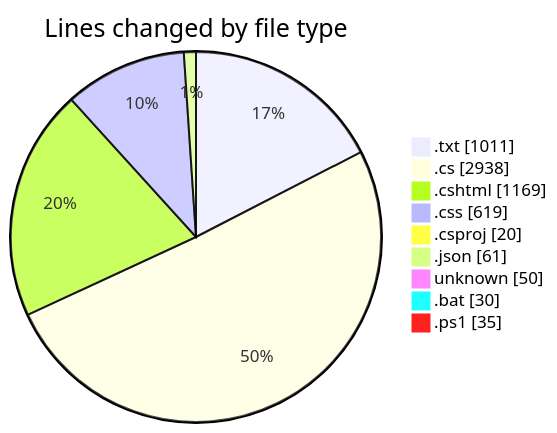
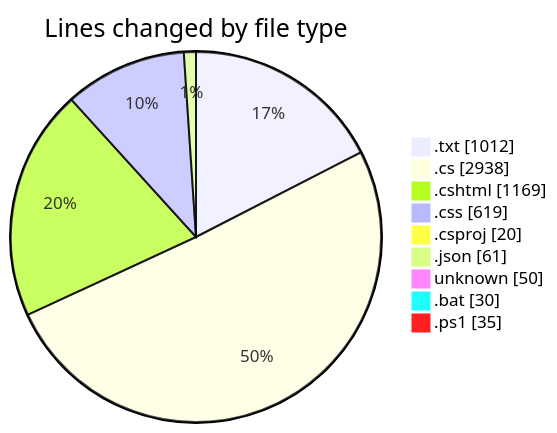
Before and after one commit to lephambinh05/code-tracking: the first of 2 diagrams in 2025-07-26/quanlyrapchieuphim-1/README.md, drawn with Mermaid. The commit also changed other lines of this file and 1 other file, not shown here.

````diff
--- a/2025-07-26/quanlyrapchieuphim-1/README.md
+++ b/2025-07-26/quanlyrapchieuphim-1/README.md
@@ -37,13 +37,13 @@
 ```mermaid
 pie showData
 title Lines changed by file type
-".txt" : 1011
+".txt" : 1012
 ".cs" : 2938
 ".cshtml" : 1169
 ".css" : 619
 ".csproj" : 20
 ".json" : 61
 "unknown" : 50
 ".bat" : 30
 ".ps1" : 35
 ```
````
